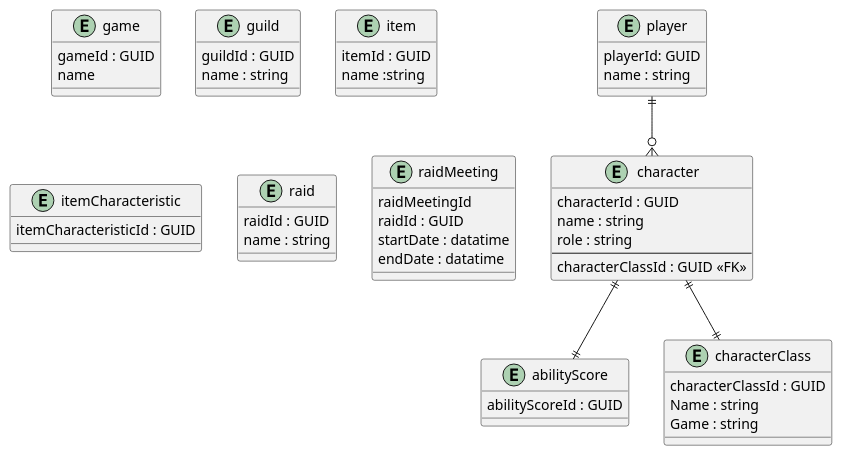
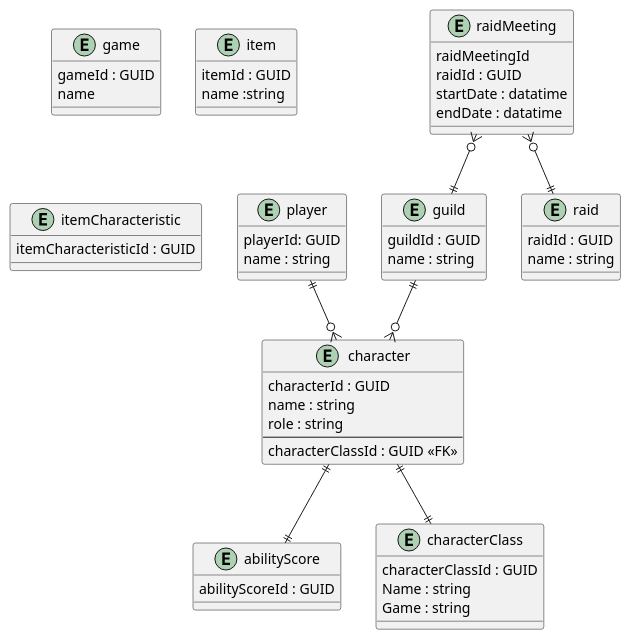
Before and after one commit to Ylliahc/RaidManager-documentation: the diagram in src/diagrams/database/entities.puml, drawn with PlantUML. The commit also changed 2 other files, not shown here.

```diff
--- a/src/diagrams/database/entities.puml
+++ b/src/diagrams/database/entities.puml
@@ -1,63 +1,66 @@
 @startuml database_entities
 
 entity game {
     gameId : GUID
     name
 }
 
 entity guild {
     guildId : GUID
     name : string
 }
 
 entity player {
     playerId: GUID
     name : string
 }
 
 entity character {
     characterId : GUID
     name : string
     role : string
     --
     characterClassId : GUID <<FK>>
 }
 
 entity item {
     itemId : GUID
     name :string
 }
 
 entity itemCharacteristic {
     itemCharacteristicId : GUID
 }
 
 entity abilityScore {
     abilityScoreId : GUID
 }
 
 entity raid {
     raidId : GUID
     name : string
 }
 
 entity characterClass {
     characterClassId : GUID
     Name : string
     Game : string
 }
 
 entity raidMeeting {
     raidMeetingId
     raidId : GUID
     startDate : datatime
     endDate : datatime
 }
 
 
 player ||--o{ character
 character ||--|| abilityScore
 character ||--|| characterClass
+guild ||--o{ character
+raidMeeting }o--|| guild
+raidMeeting }o--|| raid
 
 
 @enduml
```
